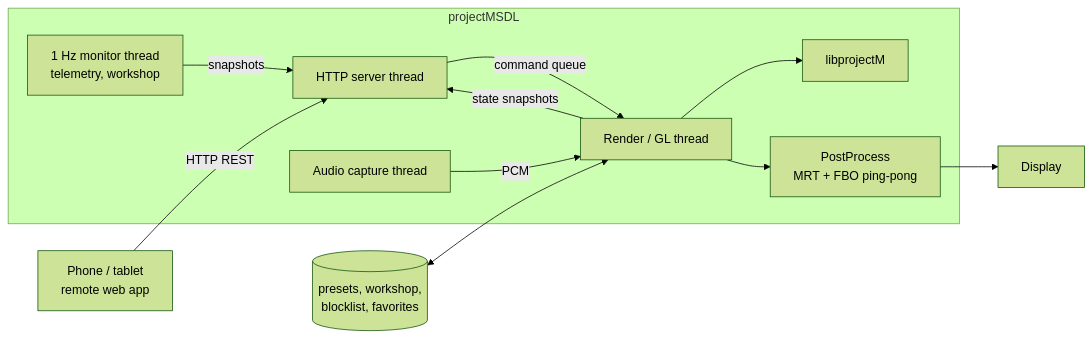
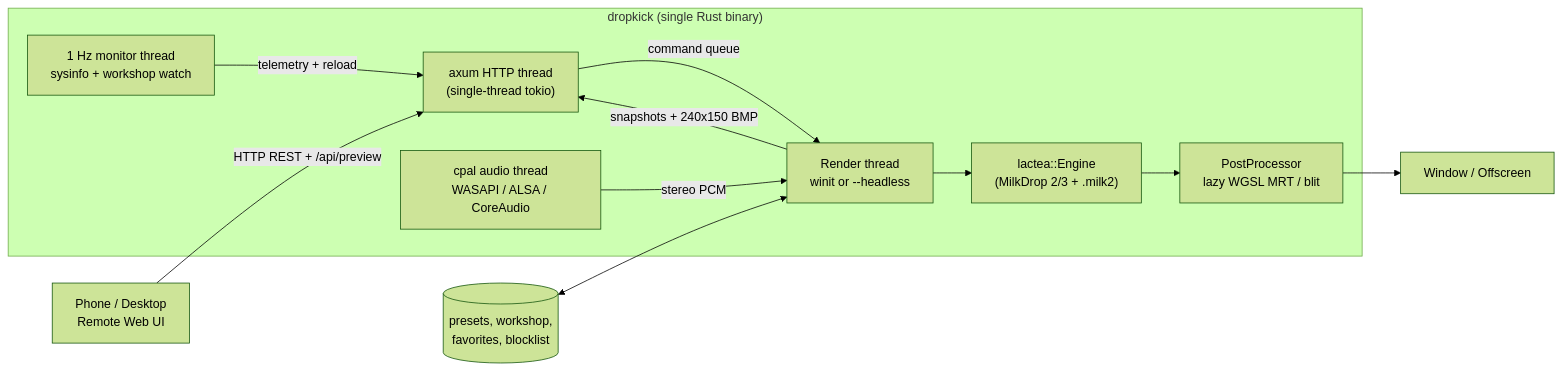
Before and after one commit to s66lem/dropkick: the diagram in README.md, drawn with Mermaid (forest theme). The commit also changed other lines of this file and 6 other files, not shown here.

````diff
--- a/README.md
+++ b/README.md
@@ -34,14 +144,14 @@
 ```mermaid
 flowchart LR
-  Phone["Phone / tablet<br/>remote web app"] -->|HTTP REST| HTTP
-  subgraph projectMSDL
-    HTTP["HTTP server thread"] -->|command queue| Render
-    Render["Render / GL thread"] -->|state snapshots| HTTP
-    Audio["Audio capture thread"] -->|PCM| Render
-    Mon["1 Hz monitor thread<br/>telemetry, workshop"] -->|snapshots| HTTP
-    Render --> PM["libprojectM"]
-    Render --> PP["PostProcess<br/>MRT + FBO ping-pong"]
+  Client["Phone / Desktop<br/>Remote Web UI"] -->|HTTP REST + /api/preview| HTTP
+  subgraph dropkick ["dropkick (single Rust binary)"]
+    HTTP["axum HTTP thread<br/>(single-thread tokio)"] -->|command queue| Render
+    Render["Render thread<br/>winit or --headless"] -->|snapshots + 240x150 BMP| HTTP
+    Audio["cpal audio thread<br/>WASAPI / ALSA / CoreAudio"] -->|stereo PCM| Render
+    Mon["1 Hz monitor thread<br/>sysinfo + workshop watch"] -->|telemetry + reload| HTTP
+    Render --> Lactea["lactea::Engine<br/>(MilkDrop 2/3 + .milk2)"]
+    Lactea --> PP["PostProcessor<br/>lazy WGSL MRT / blit"]
   end
-  PP --> TV["Display"]
-  Disk[("presets, workshop,<br/>blocklist, favorites")] <--> Render
+  PP --> Display["Window / Offscreen"]
+  Disk[("presets, workshop,<br/>favorites, blocklist")] <--> Render
 ```
````
